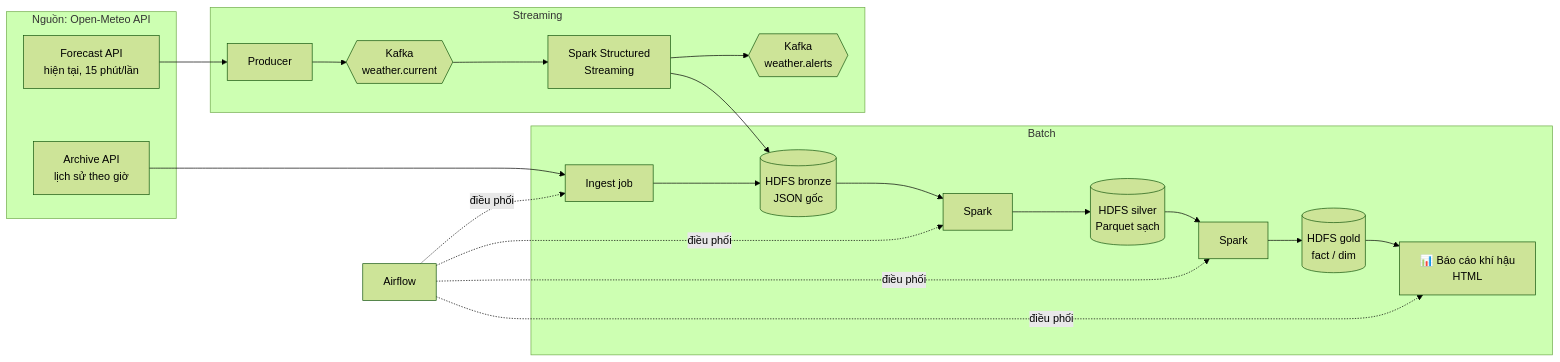
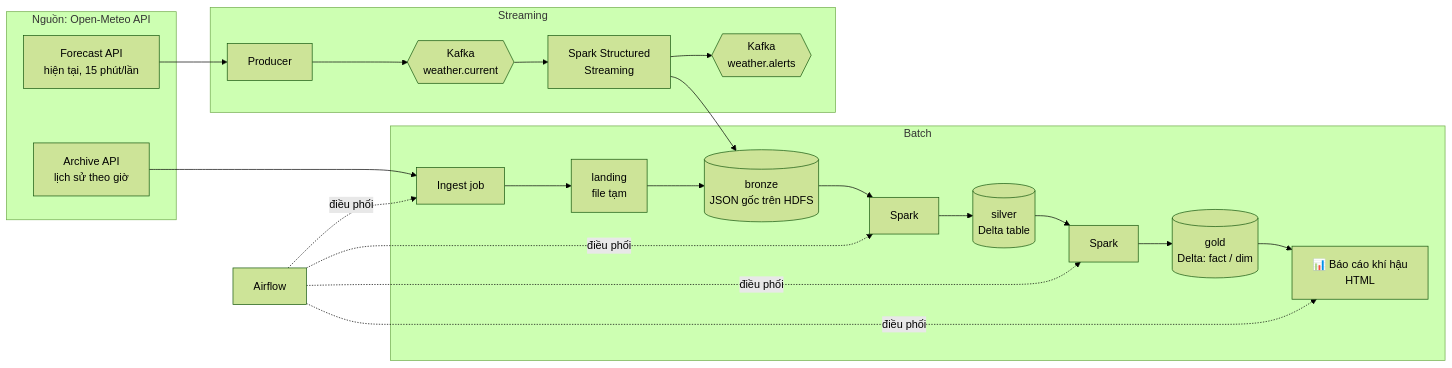
The first of 2 diagrams in README.md (lamnt01/de-lab), drawn with Mermaid (forest theme) before and after one commit. The commit also changed other lines of this file and 3 other files, not shown here.

Commit message:
Lakehouse: Delta Lake cho silver/gold, job kiem tra delta_smoke

````diff
--- a/README.md
+++ b/README.md
@@ -22,25 +23,26 @@
 ```mermaid
 flowchart LR
     subgraph SRC[Nguồn: Open-Meteo API]
         A1[Archive API<br/>lịch sử theo giờ]
         A2[Forecast API<br/>hiện tại, 15 phút/lần]
     end
 
     subgraph BATCH[Batch]
-        I[Ingest job] --> B[(HDFS bronze<br/>JSON gốc)]
-        B --> S1[Spark] --> SV[(HDFS silver<br/>Parquet sạch)]
-        SV --> S2[Spark] --> G[(HDFS gold<br/>fact / dim)]
+        I[Ingest job] --> L[landing<br/>file tạm]
+        L --> B[(bronze<br/>JSON gốc trên HDFS)]
+        B --> S1[Spark] --> SV[(silver<br/>Delta table)]
+        SV --> S2[Spark] --> G[(gold<br/>Delta: fact / dim)]
         G --> R[📊 Báo cáo khí hậu<br/>HTML]
     end
 
     subgraph STREAM[Streaming]
         P[Producer] --> K{{Kafka<br/>weather.current}}
         K --> SS[Spark Structured<br/>Streaming]
         SS --> KA{{Kafka<br/>weather.alerts}}
         SS --> B
     end
 
     A1 --> I
     A2 --> P
     AF[Airflow] -. điều phối .-> I & S1 & S2 & R
 ```
````
